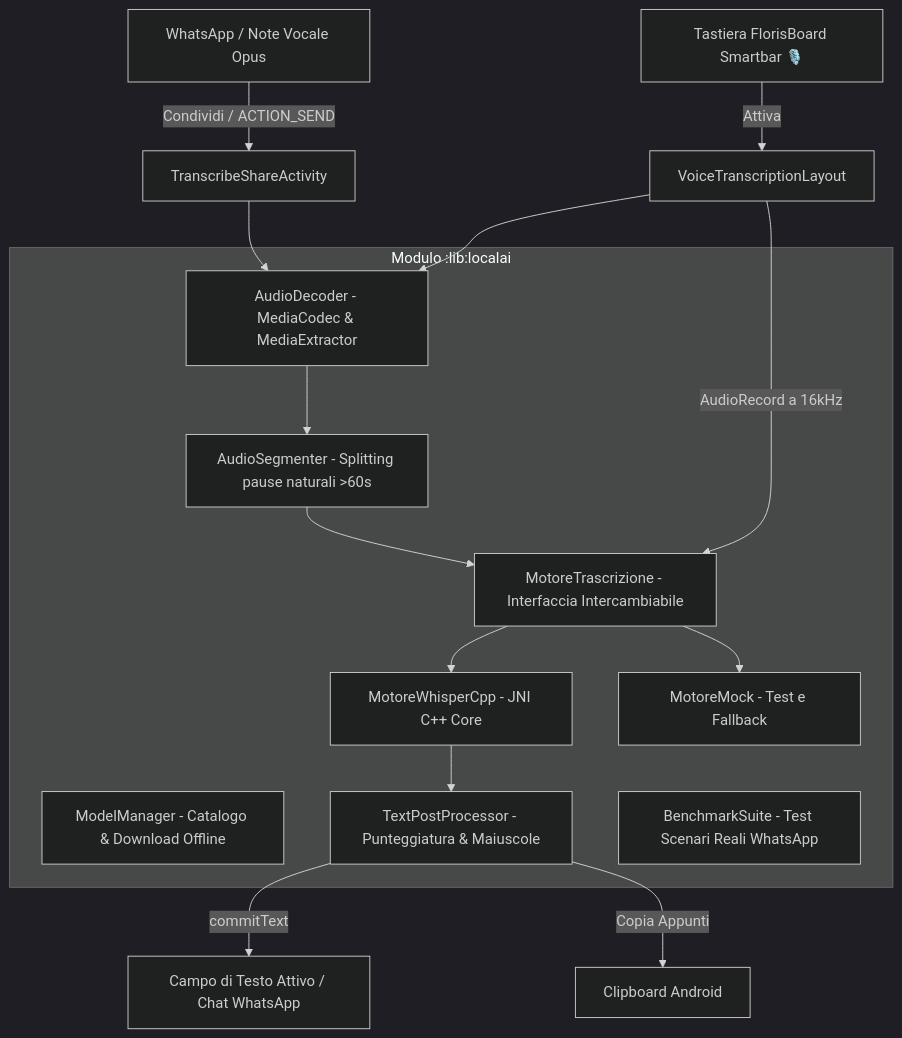
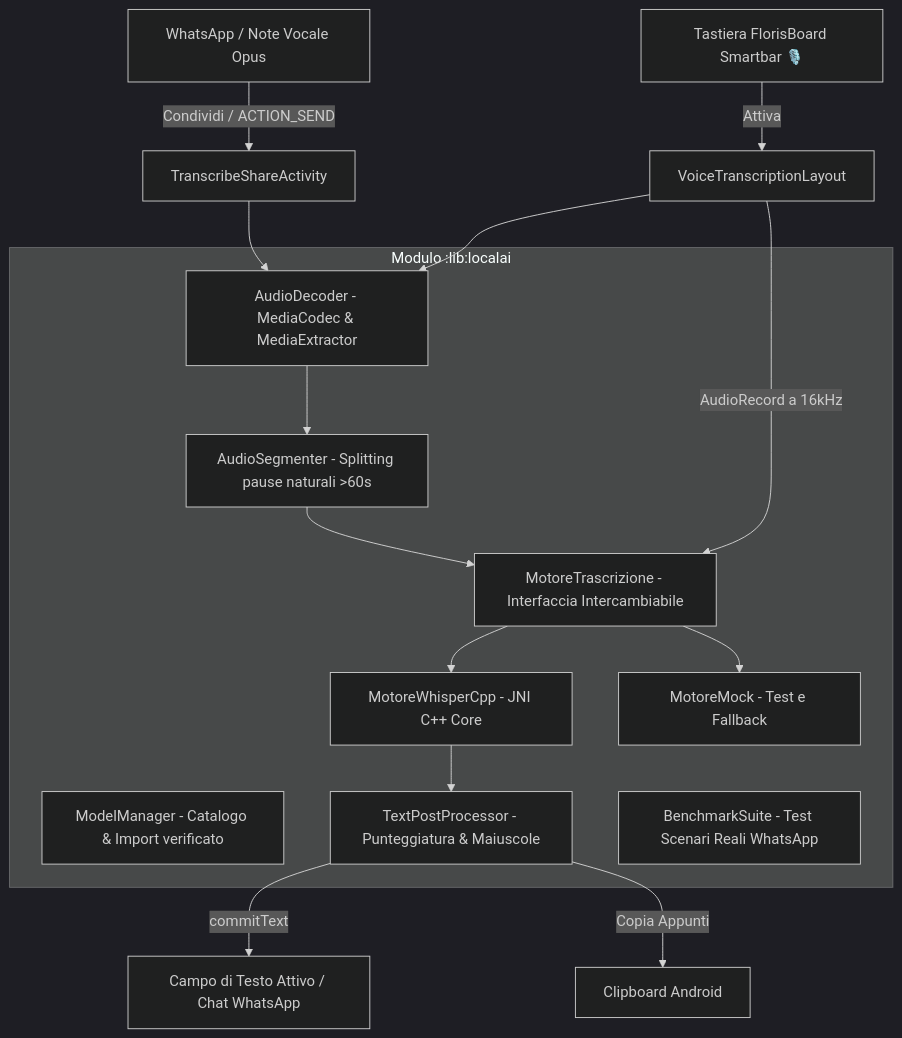
Before and after one commit to donatogranvilla/PoldoKeyboard: the diagram in README_LOCALAI.md, drawn with Mermaid (dark theme). The commit also changed 6 other files, not shown here.

First line of the commit message:
Riallineamento 1/7: via INTERNET e download, import dei modelli verificato

````diff
--- a/README_LOCALAI.md
+++ b/README_LOCALAI.md
@@ -16,27 +16,27 @@
 ```mermaid
 graph TD
     A[WhatsApp / Note Vocale Opus] -->|Condividi / ACTION_SEND| B[TranscribeShareActivity]
     C[Tastiera FlorisBoard Smartbar 🎙️] -->|Attiva| D[VoiceTranscriptionLayout]
 
     subgraph "Modulo :lib:localai"
         E[AudioDecoder - MediaCodec & MediaExtractor]
         F[AudioSegmenter - Splitting pause naturali >60s]
         G[MotoreTrascrizione - Interfaccia Intercambiabile]
         H[MotoreWhisperCpp - JNI C++ Core]
         I[MotoreMock - Test e Fallback]
-        J[ModelManager - Catalogo & Download Offline]
+        J[ModelManager - Catalogo & Import verificato]
         K[TextPostProcessor - Punteggiatura & Maiuscole]
         L[BenchmarkSuite - Test Scenari Reali WhatsApp]
     end
 
     B --> E
     D --> E
     D -->|AudioRecord a 16kHz| G
     E --> F
     F --> G
     G --> H
     G --> I
     H --> K
     K -->|commitText| M[Campo di Testo Attivo / Chat WhatsApp]
     K -->|Copia Appunti| N[Clipboard Android]
 ```
````
